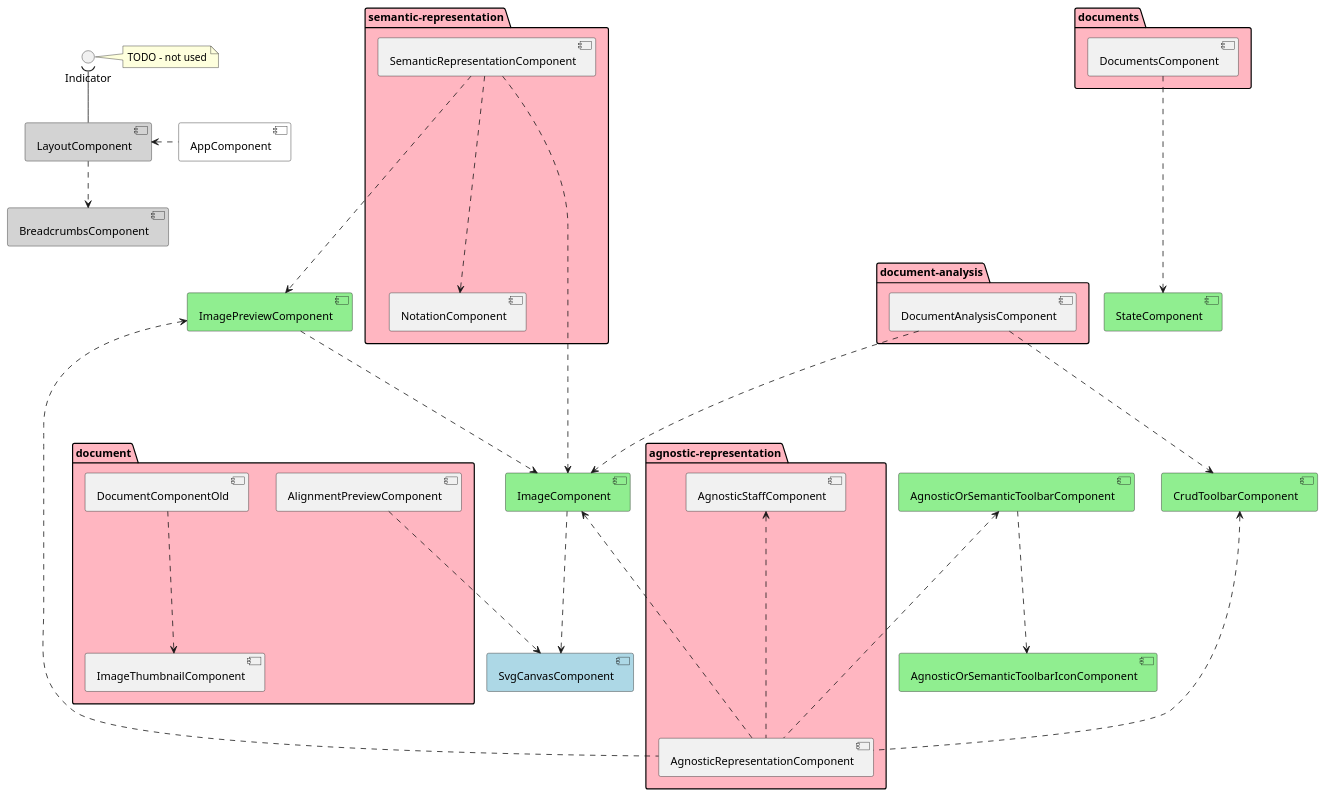
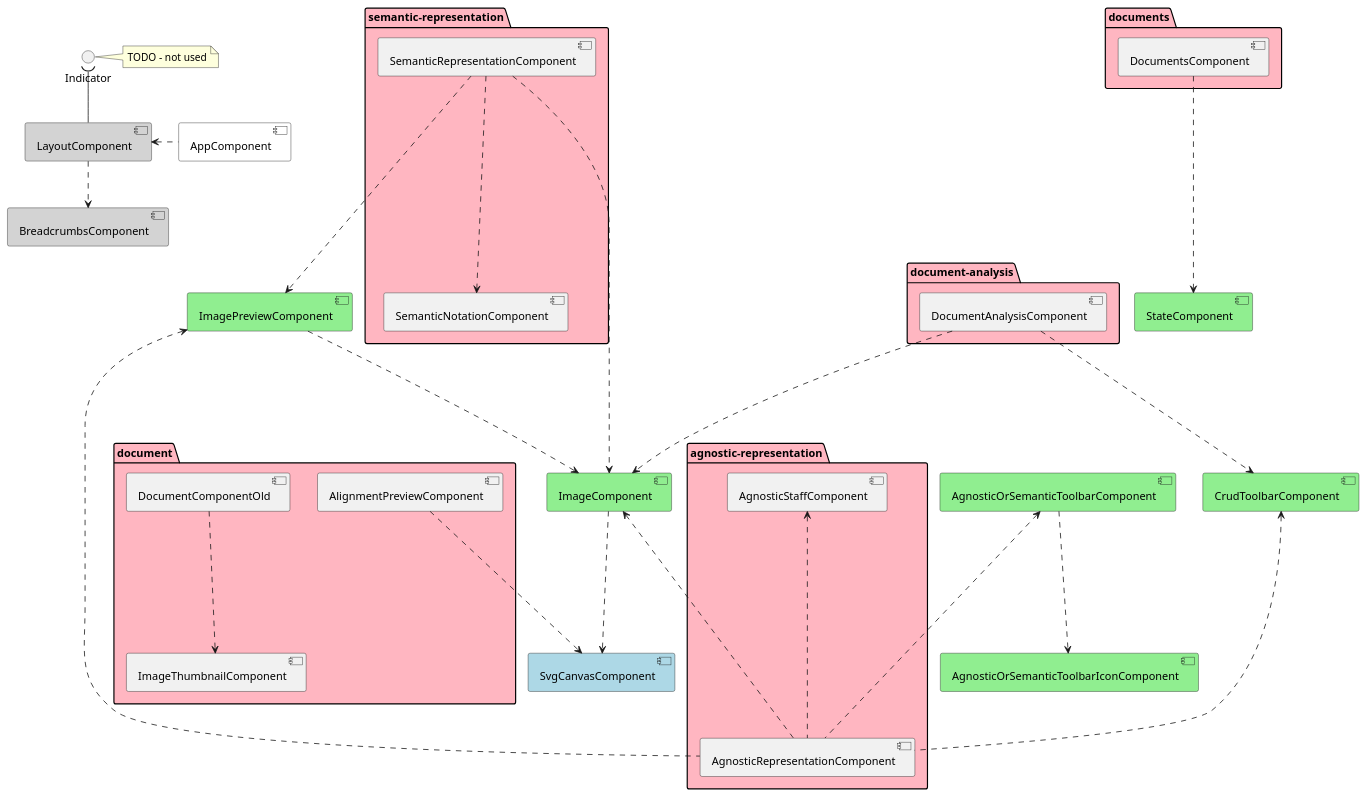
The diagram in documentation/readme.md (HISPAMUS/muret), drawn with PlantUML before and after one commit. The commit also changed other lines of this file and 5 other files, not shown here.

````diff
--- a/documentation/readme.md
+++ b/documentation/readme.md
@@ -79,74 +79,74 @@
 ```puml
 @startuml
 
 [SvgCanvasComponent] #LightBlue       
 
 [CrudToolbarComponent] #LightGreen
  
 [StateComponent] #LightGreen
  
 [AgnosticOrSemanticToolbarIconComponent] #LightGreen
 
 [AgnosticOrSemanticToolbarComponent] #LightGreen
     [AgnosticOrSemanticToolbarComponent] ....> [AgnosticOrSemanticToolbarIconComponent]
     
 [ImageComponent] #LightGreen
         [ImageComponent] ....> [SvgCanvasComponent]
     
 [ImagePreviewComponent] #LightGreen
     [ImagePreviewComponent] ....> [ImageComponent] 
     
 
 package "agnostic-representation" #LightPink {
     [AgnosticStaffComponent]
 
     [AgnosticRepresentationComponent]
         [CrudToolbarComponent] <..... [AgnosticRepresentationComponent] 
         [AgnosticStaffComponent] <..... [AgnosticRepresentationComponent] 
         [AgnosticOrSemanticToolbarComponent] <..... [AgnosticRepresentationComponent] 
         [ImagePreviewComponent] <..... [AgnosticRepresentationComponent] 
         [ImageComponent] <..... [AgnosticRepresentationComponent]
         
 }    
 package "document" #LightPink {
     [AlignmentPreviewComponent]
         [AlignmentPreviewComponent] ....> [SvgCanvasComponent]
         
     [ImageThumbnailComponent]
 
     [DocumentComponentOld]
         [DocumentComponentOld] ....> [ImageThumbnailComponent]        
 }       
 package "document-analysis" #LightPink {
     [DocumentAnalysisComponent]
         [DocumentAnalysisComponent] ....> [CrudToolbarComponent]
         [DocumentAnalysisComponent] ....> [ImageComponent]
 
 }         
 package "documents" #LightPink {
     [DocumentsComponent]
         [DocumentsComponent] ....> [StateComponent]
 }     
 
 package "semantic-representation" #LightPink {
-    [NotationComponent]
+    [SemanticNotationComponent]
     
     [SemanticRepresentationComponent] 
         [SemanticRepresentationComponent] ....> [ImagePreviewComponent]
         [SemanticRepresentationComponent] ....> [ImageComponent]
-        [SemanticRepresentationComponent] ....> [NotationComponent]
+        [SemanticRepresentationComponent] ....> [SemanticNotationComponent]
 }                               
 
 [BreadcrumbsComponent] #LightGray
 
 [LayoutComponent] #LightGray    
     () "Indicator" as layout.Indicator
     layout.Indicator )-- [LayoutComponent]
     [LayoutComponent] .down.> BreadcrumbsComponent
 
 [AppComponent] #White
 [AppComponent] .left.> [LayoutComponent]
 
 note right of layout.Indicator : TODO - not used
 @enduml
 ```
````
